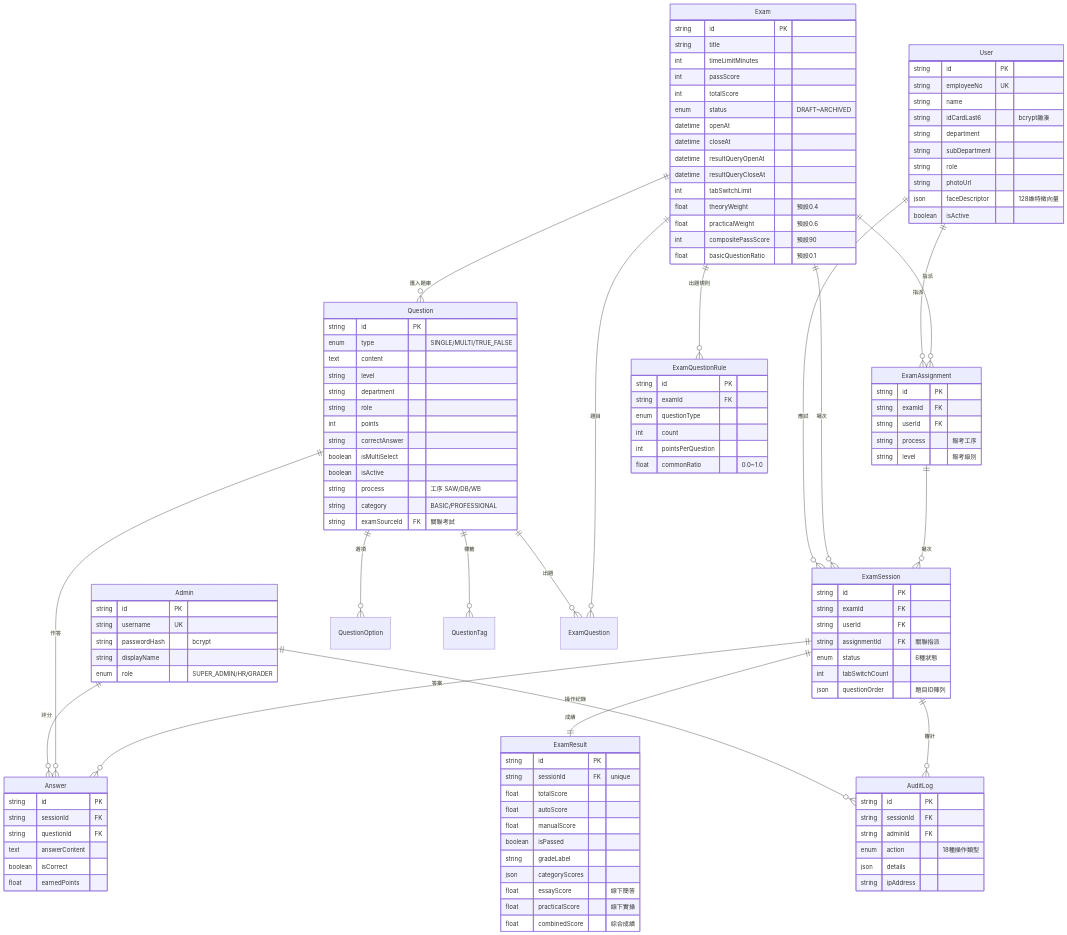
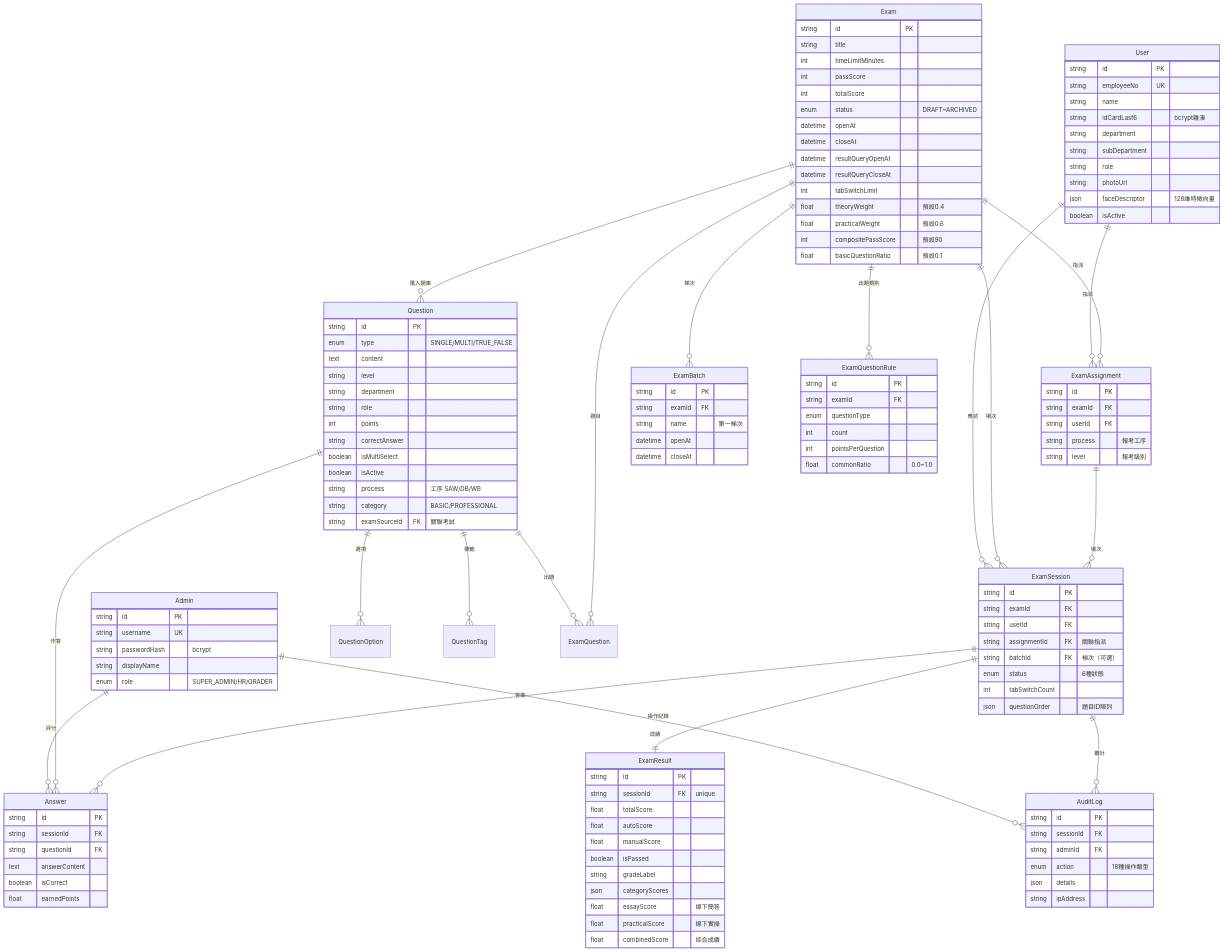
One commit to Aken-Teams/hr-online-test changed the fourth of 7 diagrams in SDD-Engineer.md. Above: the diagram before and after it, drawn with Mermaid. The commit also changed other lines of this file and 4 other files, not shown here.

```diff
--- a/SDD-Engineer.md
+++ b/SDD-Engineer.md
@@ -148,6 +148,7 @@
     Question ||--o{ ExamQuestion : "出題"
     Question ||--o{ Answer : "作答"
 
+    Exam ||--o{ ExamBatch : "梯次"
     Exam ||--o{ ExamQuestionRule : "出題規則"
     Exam ||--o{ ExamQuestion : "題目"
     Exam ||--o{ ExamAssignment : "指派"
@@ -215,6 +216,14 @@
         float basicQuestionRatio "預設0.1"
     }
 
+    ExamBatch {
+        string id PK
+        string examId FK
+        string name "第一梯次"
+        datetime openAt
+        datetime closeAt
+    }
+
     ExamQuestionRule {
         string id PK
         string examId FK
@@ -237,6 +246,7 @@
         string examId FK
         string userId FK
         string assignmentId FK "關聯指派"
+        string batchId FK "梯次（可選）"
         enum status "6種狀態"
         int tabSwitchCount
         json questionOrder "題目ID陣列"
```
